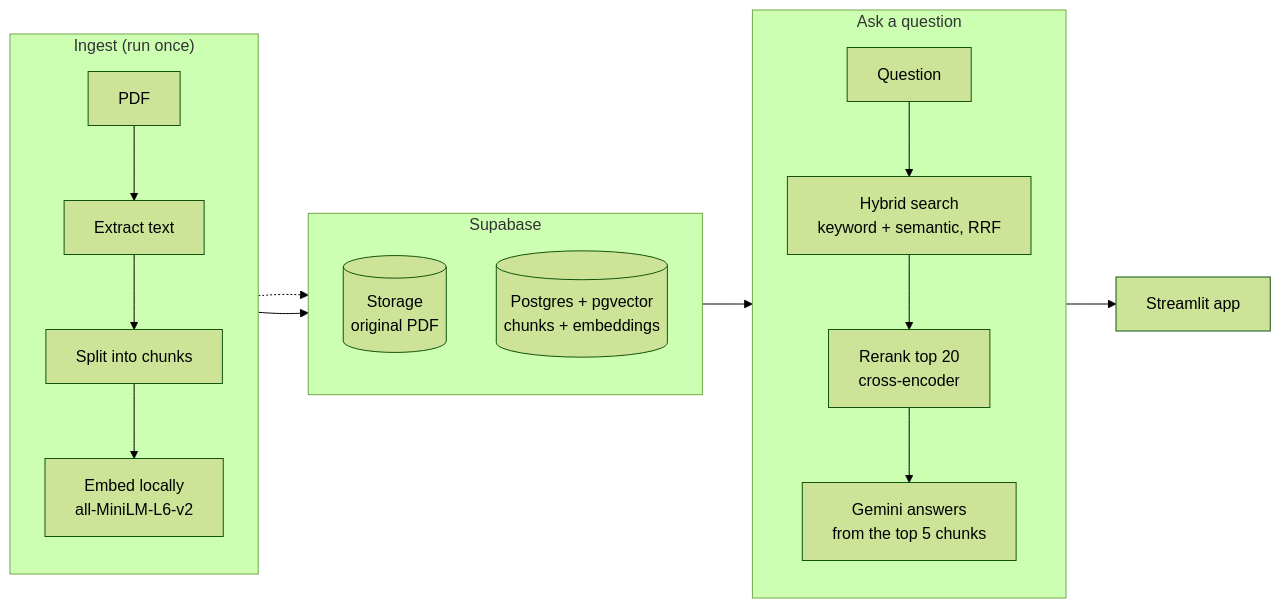
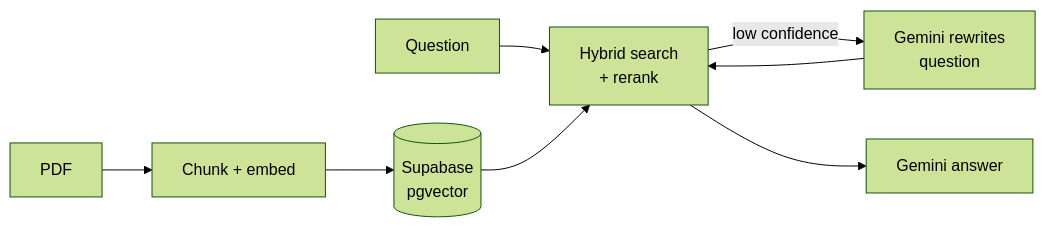
Before and after one commit to prasroku/website: the first of 2 diagrams in docs/projects.md, drawn with Mermaid (forest theme). The commit also changed other lines of this file, not shown here.

Commit message:
feat: shorten project entries to a description and one diagram each

````diff
--- a/docs/projects.md
+++ b/docs/projects.md
@@ -21,27 +19,10 @@
 ```mermaid
 flowchart LR
-    subgraph Ingest["Ingest (run once)"]
-        direction TB
-        PDF[PDF] --> Extract[Extract text]
-        Extract --> Chunk[Split into chunks]
-        Chunk --> Embed[Embed locally<br/>all-MiniLM-L6-v2]
-    end
-
-    subgraph Supabase["Supabase"]
-        direction TB
-        Storage[(Storage<br/>original PDF)]
-        DB[(Postgres + pgvector<br/>chunks + embeddings)]
-    end
-
-    subgraph Query["Ask a question"]
-        direction TB
-        Q[Question] --> Hybrid[Hybrid search<br/>keyword + semantic, RRF]
-        Hybrid --> Rerank[Rerank top 20<br/>cross-encoder]
-        Rerank --> Gemini[Gemini answers<br/>from the top 5 chunks]
-    end
-
-    PDF -.-> Storage
-    Embed --> DB
-    DB --> Hybrid
-    Gemini --> UI[Streamlit app]
+    PDF[PDF] --> Chunk[Chunk + embed]
+    Chunk --> DB[(Supabase<br/>pgvector)]
+    Q[Question] --> Search[Hybrid search<br/>+ rerank]
+    DB --> Search
+    Search -- low confidence --> Rewrite[Gemini rewrites<br/>question]
+    Rewrite --> Search
+    Search --> Answer[Gemini answer]
 ```
````
